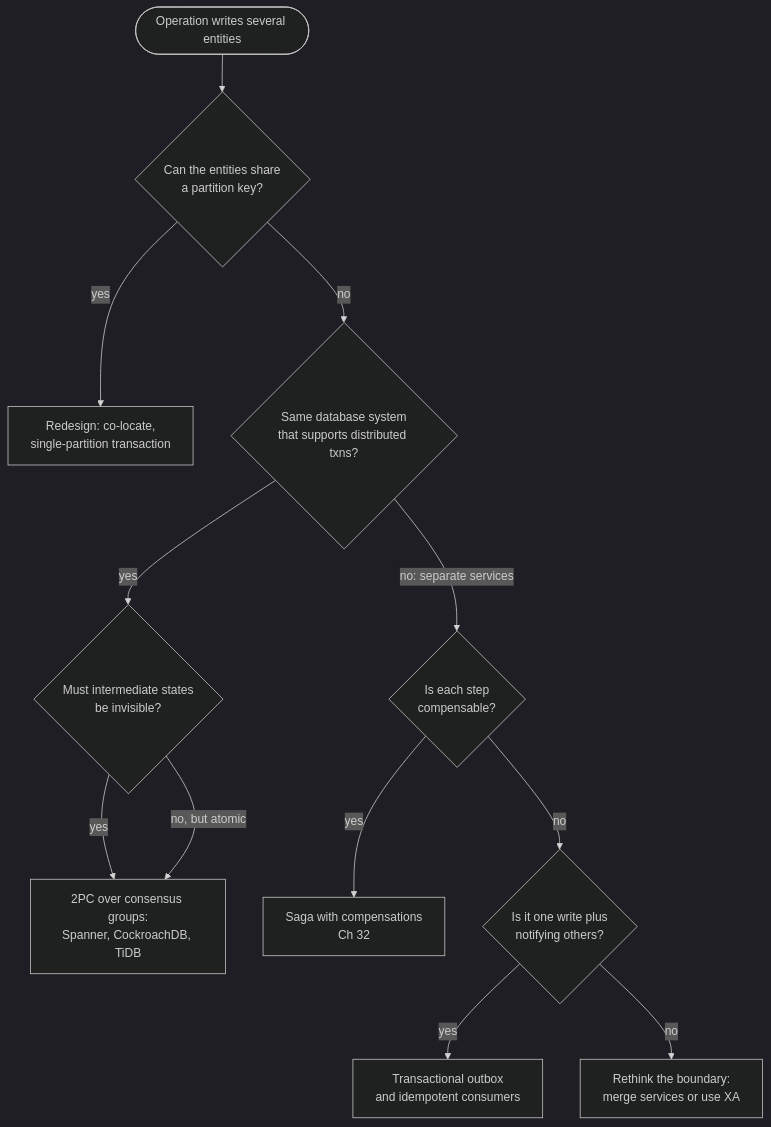
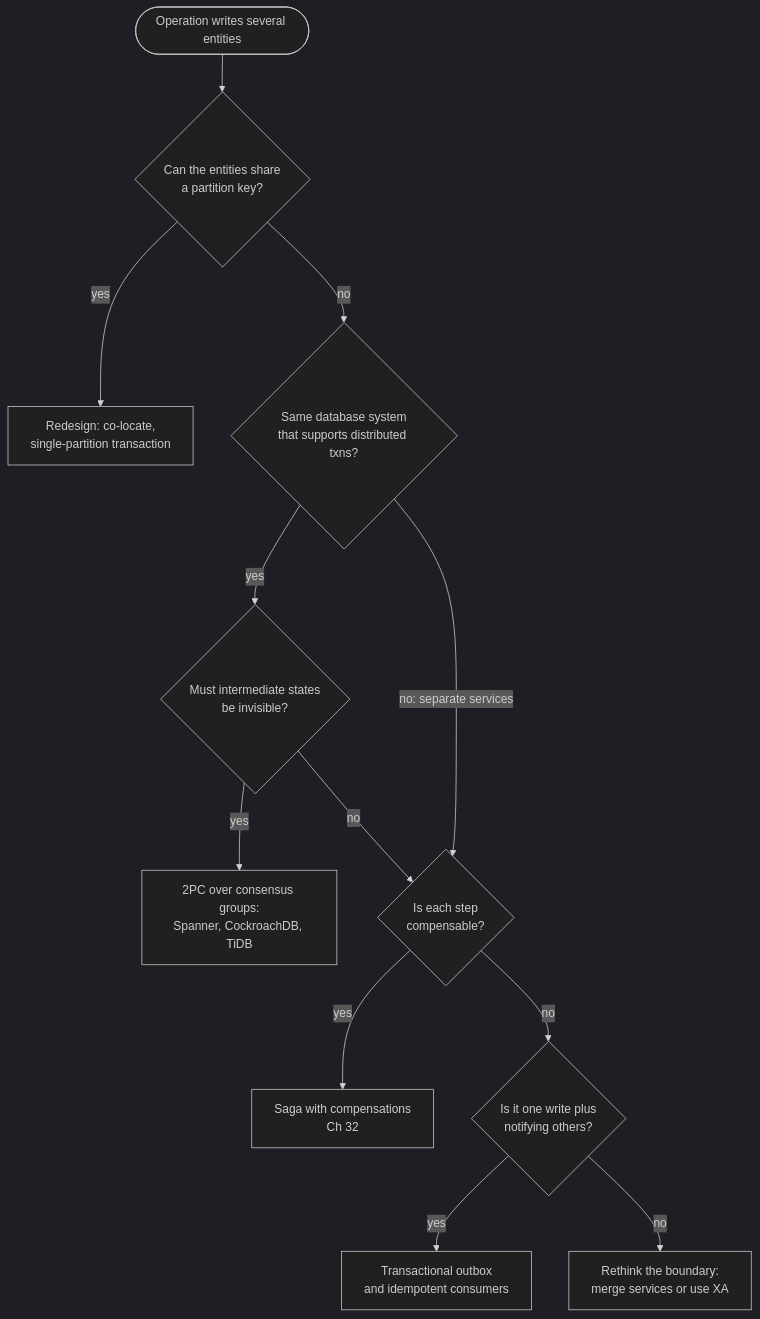
Before and after one commit to Sampath1-1-1/System-Design: the diagram in diagrams/ch28/fig-28-15.mmd, drawn with Mermaid (dark theme). The commit also changed 9 other files, not shown here.

```diff
--- a/diagrams/ch28/fig-28-15.mmd
+++ b/diagrams/ch28/fig-28-15.mmd
@@ -1,13 +1,13 @@
 %% Figure 28.15 — Choosing a transaction strategy
 flowchart TD
   S([Operation writes several entities]) --> Q1{Can the entities share<br/>a partition key?}
   Q1 -->|"yes"| A1["Redesign: co-locate,<br/>single-partition transaction"]
   Q1 -->|"no"| Q2{Same database system<br/>that supports distributed txns?}
   Q2 -->|"yes"| Q3{Must intermediate states<br/>be invisible?}
   Q3 -->|"yes"| A2["2PC over consensus groups:<br/>Spanner, CockroachDB, TiDB"]
-  Q3 -->|"no, but atomic"| A2
+  Q3 -->|"no"| Q4
   Q2 -->|"no: separate services"| Q4{Is each step<br/>compensable?}
   Q4 -->|"yes"| A3["Saga with compensations<br/>Ch 32"]
   Q4 -->|"no"| Q5{Is it one write plus<br/>notifying others?}
   Q5 -->|"yes"| A4["Transactional outbox<br/>and idempotent consumers"]
   Q5 -->|"no"| A5["Rethink the boundary:<br/>merge services or use XA"]
```
